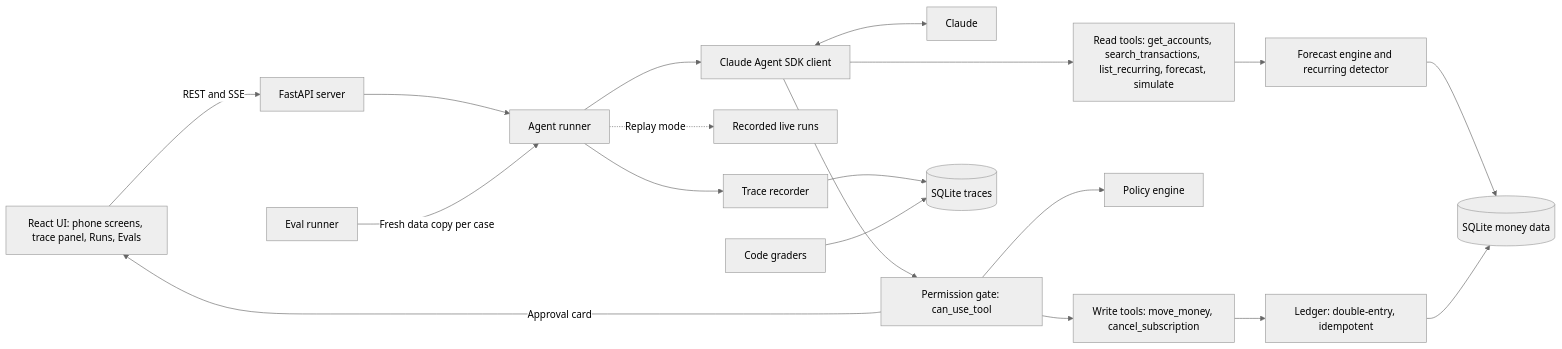
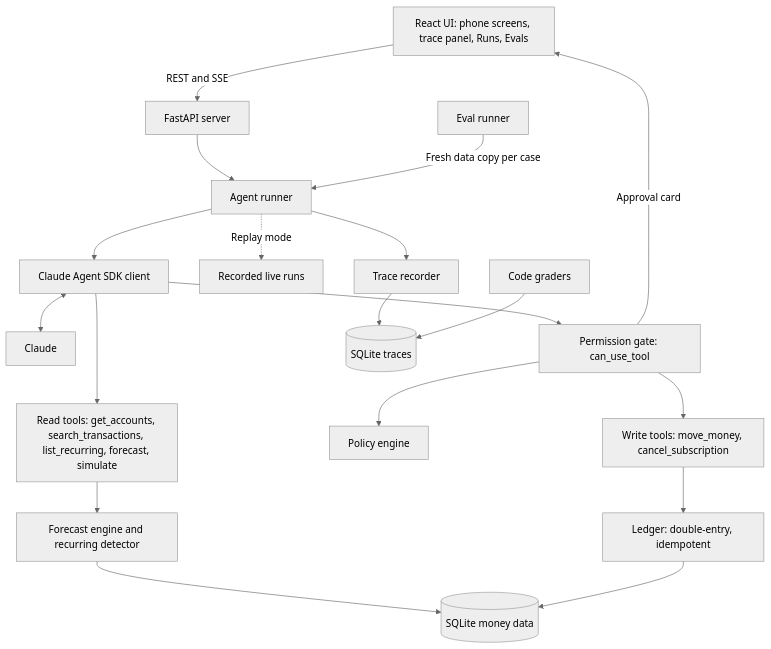
Before and after one commit to ArchiusVuong-sudo/safe-money-agent: the diagram in README.md, drawn with Mermaid (neutral theme).

Commit message:
Draw the architecture diagram top to bottom so its labels stay readable on GitHub

````diff
--- a/README.md
+++ b/README.md
@@ -19,21 +19,21 @@
 ```mermaid
-flowchart LR
+flowchart TB
     ui["React UI: phone screens, trace panel, Runs, Evals"] -->|"REST and SSE"| api["FastAPI server"]
     api --> runner["Agent runner"]
     runner --> sdk["Claude Agent SDK client"]
     sdk <--> claude["Claude"]
     runner -.->|"Replay mode"| fixtures["Recorded live runs"]
     sdk --> reads["Read tools: get_accounts, search_transactions, list_recurring, forecast, simulate"]
     sdk --> gate["Permission gate: can_use_tool"]
     gate --> policy["Policy engine"]
     gate -->|"Approval card"| ui
     gate --> writes["Write tools: move_money, cancel_subscription"]
     reads --> engine["Forecast engine and recurring detector"]
     writes --> ledger["Ledger: double-entry, idempotent"]
     engine --> moneydb[("SQLite money data")]
     ledger --> moneydb
     runner --> trace["Trace recorder"]
     trace --> tracedb[("SQLite traces")]
     evals["Eval runner"] -->|"Fresh data copy per case"| runner
     graders["Code graders"] --> tracedb
 ```
````
